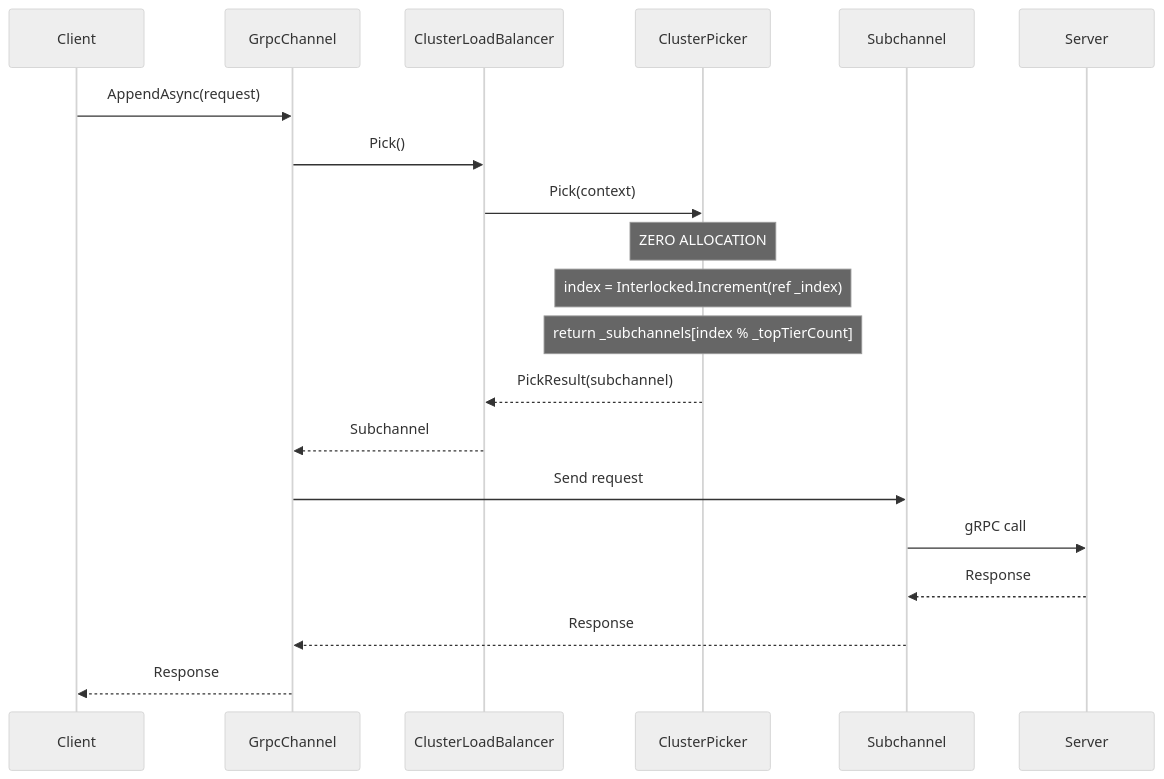
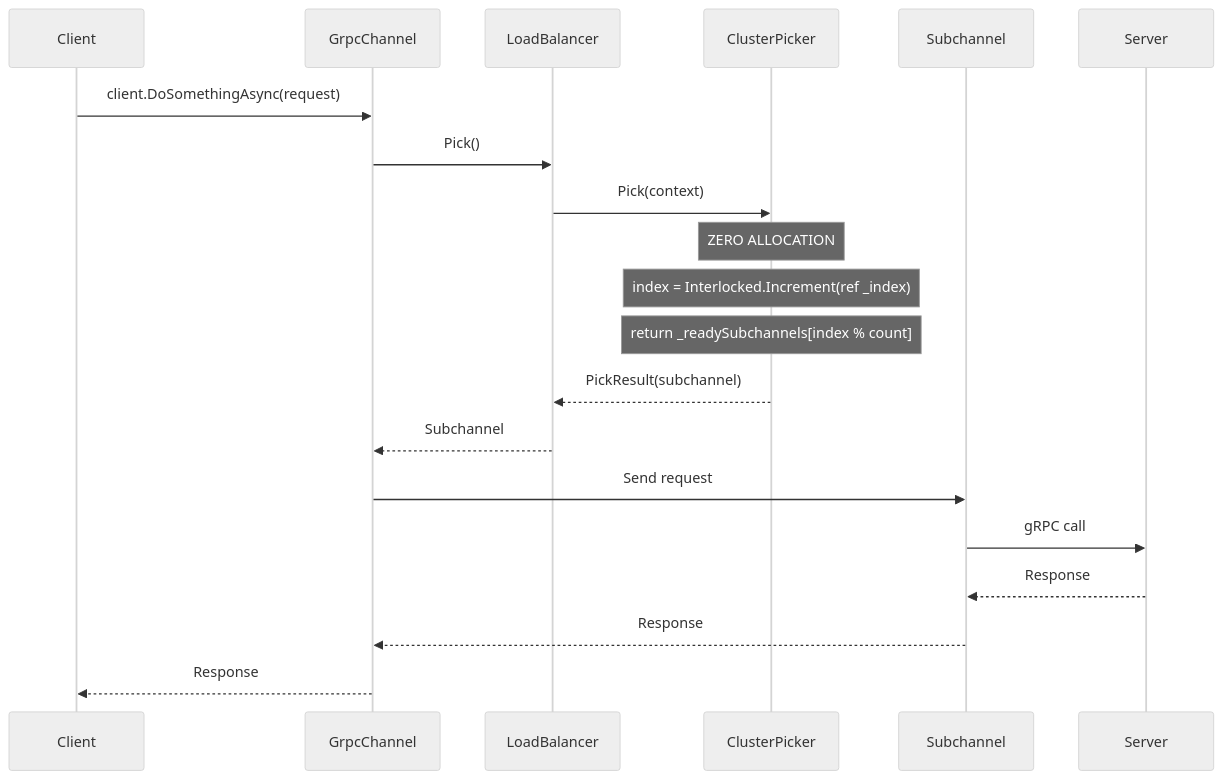
Before and after one commit to RagingKore/claude-code-context: the second of 5 diagrams in GRPC_LOAD_BALANCER_SPEC.md, drawn with Mermaid (neutral theme). The commit also changed other lines of this file, not shown here.

````diff
--- a/GRPC_LOAD_BALANCER_SPEC.md
+++ b/GRPC_LOAD_BALANCER_SPEC.md
@@ -872,26 +569,26 @@
 ```mermaid
 sequenceDiagram
     participant Client
-    participant GrpcChannel
-    participant ClusterLoadBalancer
-    participant ClusterPicker
-    participant Subchannel
+    participant Channel as GrpcChannel
+    participant LB as LoadBalancer
+    participant Picker as ClusterPicker
+    participant Sub as Subchannel
     participant Server
 
-    Client->>GrpcChannel: AppendAsync(request)
-    GrpcChannel->>ClusterLoadBalancer: Pick()
-    ClusterLoadBalancer->>ClusterPicker: Pick(context)
+    Client->>Channel: client.DoSomethingAsync(request)
+    Channel->>LB: Pick()
+    LB->>Picker: Pick(context)
 
-    Note over ClusterPicker: ZERO ALLOCATION
-    Note over ClusterPicker: index = Interlocked.Increment(ref _index)
-    Note over ClusterPicker: return _subchannels[index % _topTierCount]
+    Note over Picker: ZERO ALLOCATION
+    Note over Picker: index = Interlocked.Increment(ref _index)
+    Note over Picker: return _readySubchannels[index % count]
 
-    ClusterPicker-->>ClusterLoadBalancer: PickResult(subchannel)
-    ClusterLoadBalancer-->>GrpcChannel: Subchannel
+    Picker-->>LB: PickResult(subchannel)
+    LB-->>Channel: Subchannel
 
-    GrpcChannel->>Subchannel: Send request
-    Subchannel->>Server: gRPC call
-    Server-->>Subchannel: Response
-    Subchannel-->>GrpcChannel: Response
-    GrpcChannel-->>Client: Response
+    Channel->>Sub: Send request
+    Sub->>Server: gRPC call
+    Server-->>Sub: Response
+    Sub-->>Channel: Response
+    Channel-->>Client: Response
 ```
````
